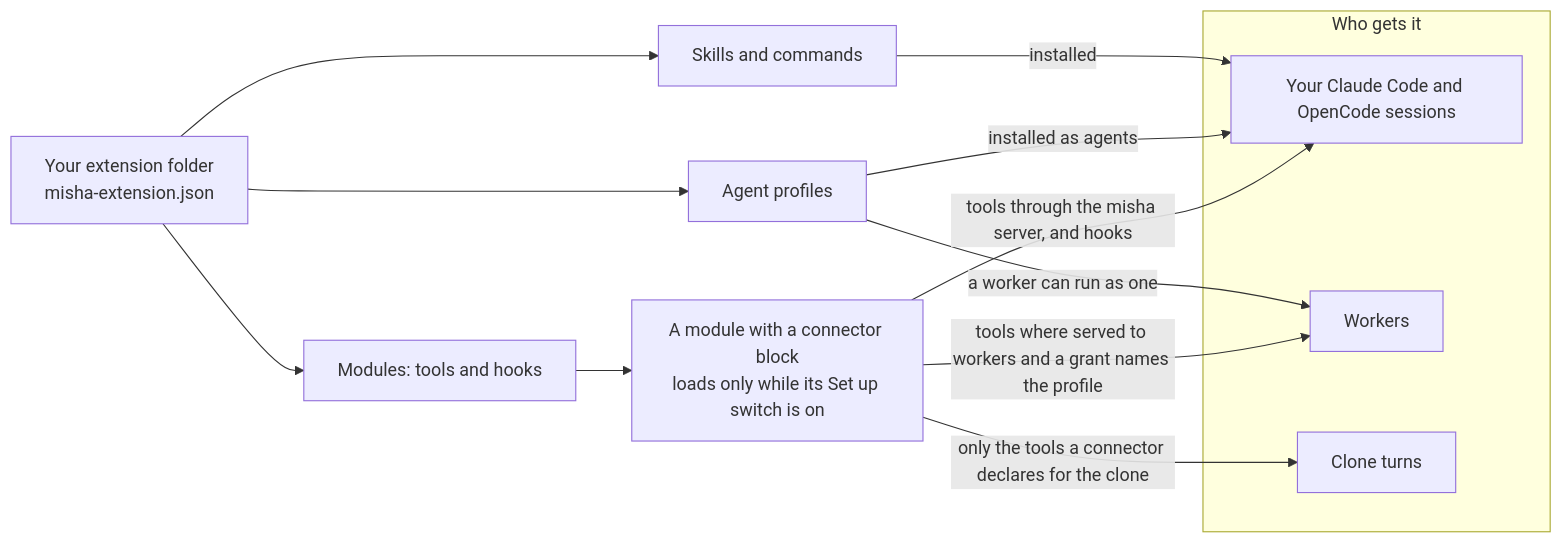
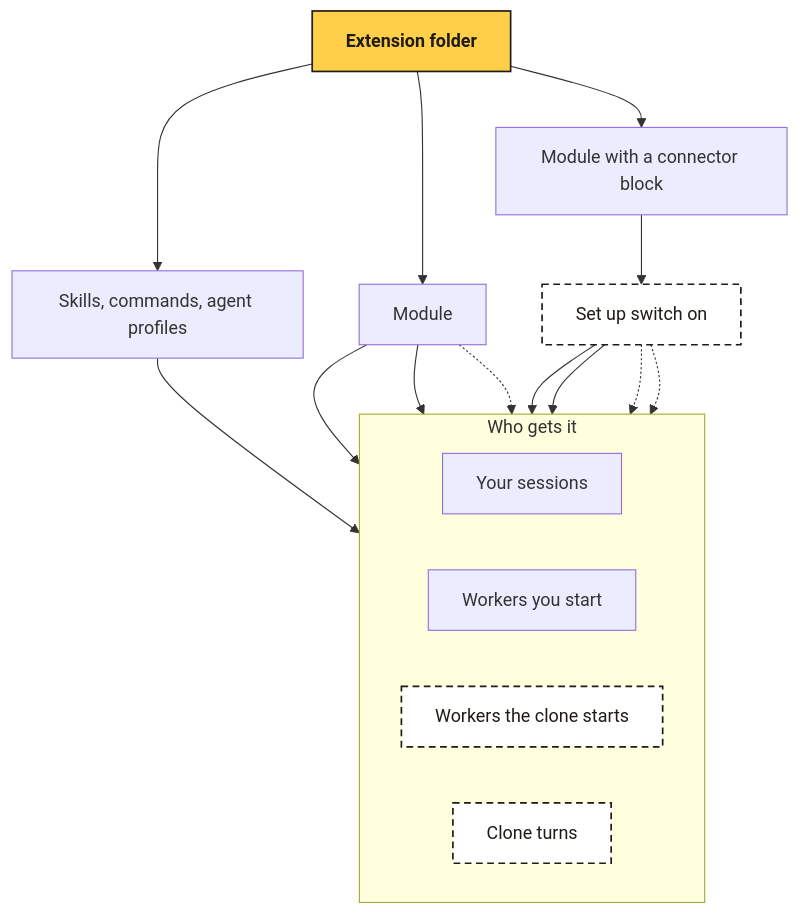
Before and after one commit to dumdummisha/docs: the diagram in diagrams/extension-to-consumers.mmd, drawn with Mermaid. The commit also changed 2 other files, not shown here.

Commit message:
docs: cut Customise and reuse Misha to its budget, keep product values to the import and redraw the extension diagram

```diff
--- a/diagrams/extension-to-consumers.mmd
+++ b/diagrams/extension-to-consumers.mmd
@@ -1,24 +1,34 @@
-flowchart LR
-  ext["Your extension folder<br/>misha-extension.json"]
-  skills["Skills and commands"]
-  agents["Agent profiles"]
-  mods["Modules: tools and hooks"]
-  gate["A module with a connector block<br/>loads only while its Set up switch is on"]
+flowchart TB
+  accTitle: Where an extension reaches
+  accDescr: An extension folder holds skills, commands and agent profiles, modules without a connector block, and modules with one. Skills, commands and agent profiles go to your Claude Code and OpenCode sessions. A module without a connector block is always on: its tools and hooks go to your sessions and to the workers you start from them, and to the workers the clone starts only where the module is marked as served to workers. A module with a connector block does the same only while its switch on Set up is on, and then also gives clone turns the tools it declares for them. A worker can call a tool only when its profile names it.
+
+  ext["Extension folder"]:::start
+  files["Skills, commands, agent profiles"]
+  plain["Module"]
+  conn["Module with a connector block"]
+  gate["Set up switch on"]:::conditional
+
+  ext --> files
+  ext --> plain
+  ext --> conn
+  conn --> gate
 
   subgraph who["Who gets it"]
-    own["Your Claude Code and OpenCode sessions"]
-    wk["Workers"]
-    cl["Clone turns"]
+    direction LR
+    own["Your sessions"]
+    mine["Workers you start"]
+    cw["Workers the clone starts"]:::conditional
+    turn["Clone turns"]:::conditional
   end
 
-  ext --> skills
-  ext --> agents
-  ext --> mods
-  mods --> gate
+  files --> own
+  plain --> own
+  plain --> mine
+  plain -.-> cw
+  gate --> own
+  gate --> mine
+  gate -.-> cw
+  gate -.-> turn
 
-  skills -- "installed" --> own
-  agents -- "installed as agents" --> own
-  gate -- "tools through the misha server, and hooks" --> own
-  agents -- "a worker can run as one" --> wk
-  gate -- "tools where served to workers and a grant names the profile" --> wk
-  gate -- "only the tools a connector declares for the clone" --> cl
+  classDef start fill:#ffcf4a,stroke:#1f1b16,stroke-width:1.5px,color:#1f1b16,font-weight:bold
+  classDef conditional fill:#ffffff,stroke:#1f1b16,stroke-width:1.5px,stroke-dasharray:6 4,color:#1f1b16
```
